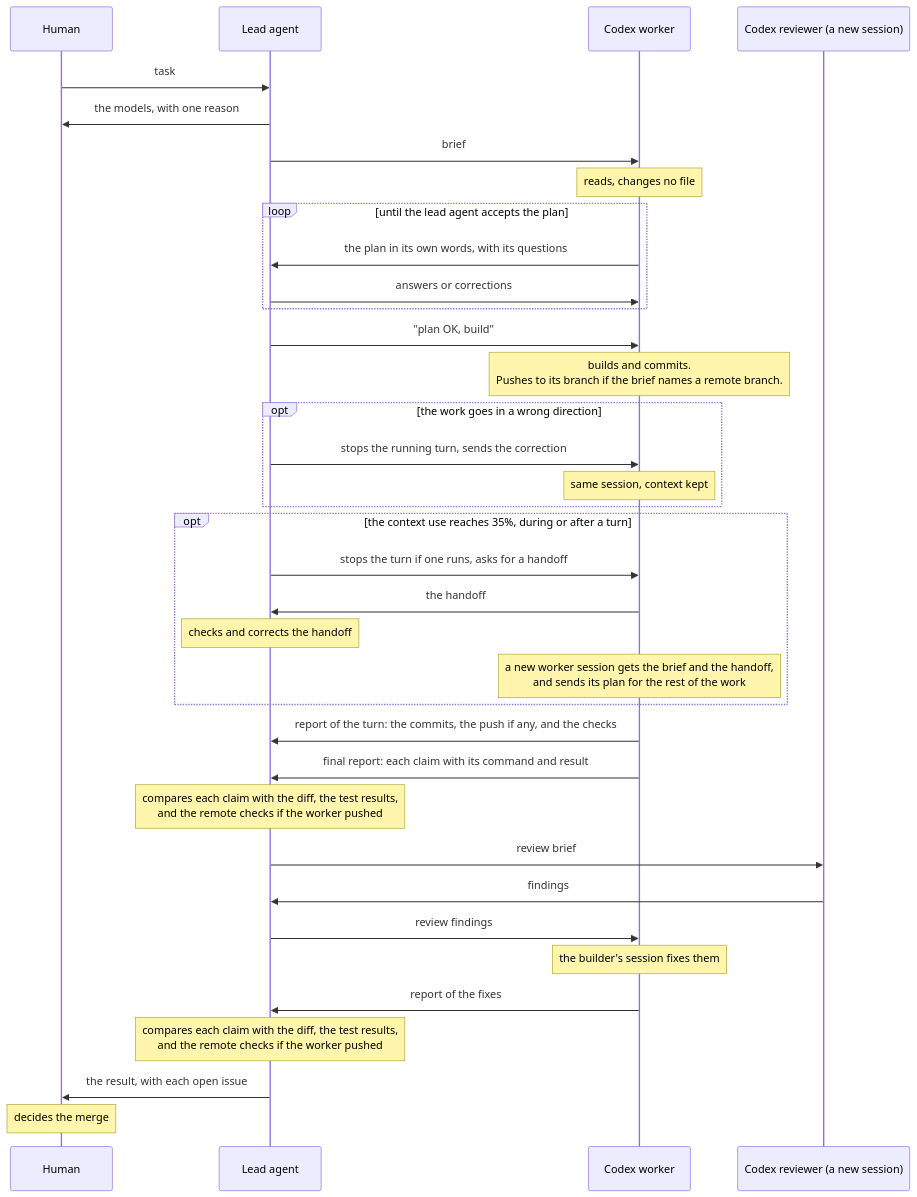
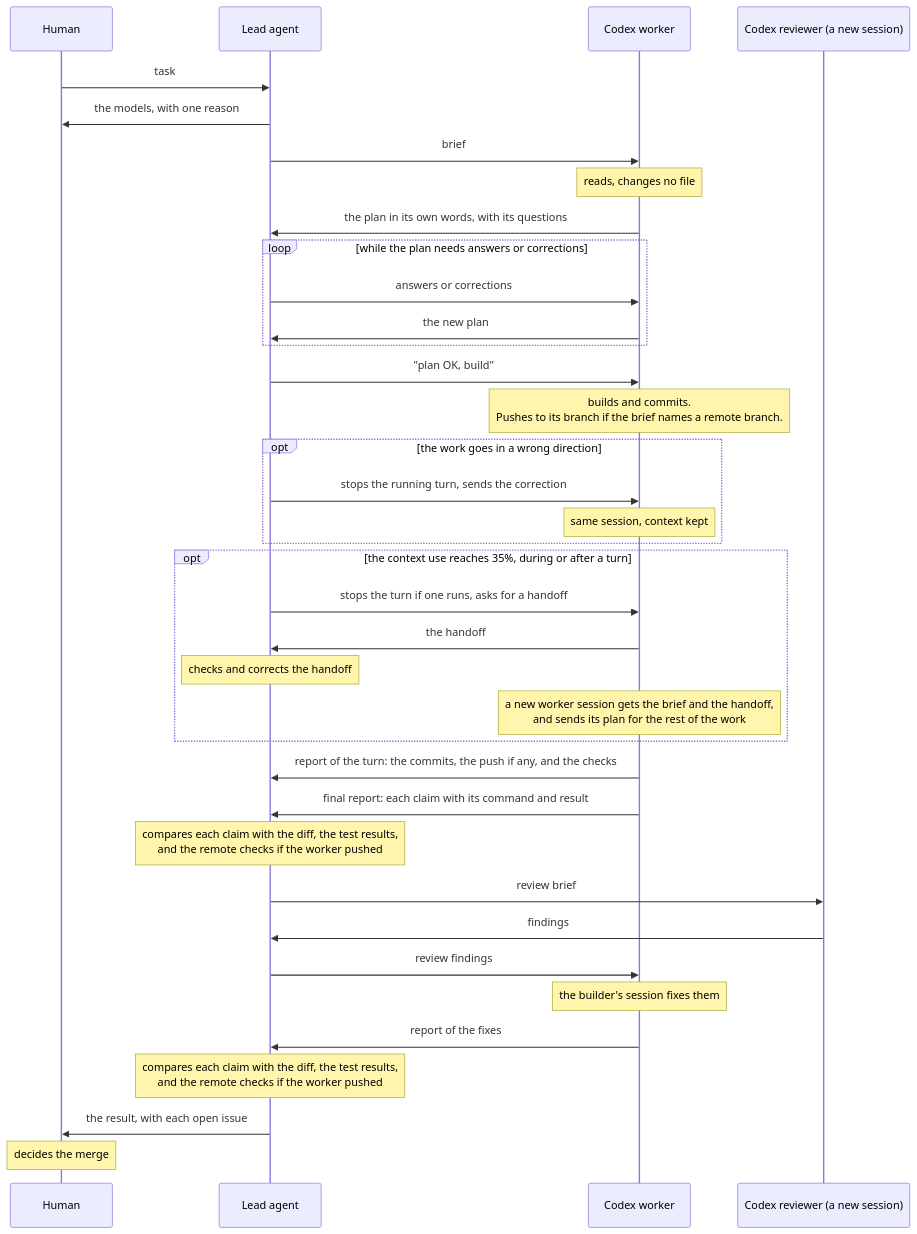
The diagram in .agents/skills/codex-workers/GUIDE.md (binhle312/cty1ng), drawn with Mermaid before and after one commit. The commit also changed other lines of this file and 1 other file, not shown here.

````diff
--- a/.agents/skills/codex-workers/GUIDE.md
+++ b/.agents/skills/codex-workers/GUIDE.md
@@ -22,39 +22,40 @@
 ```mermaid
 sequenceDiagram
   participant H as Human
   participant L as Lead agent
   participant W as Codex worker
   participant R as Codex reviewer (a new session)
 
   H->>L: task
   L->>H: the models, with one reason
   L->>W: brief
   Note over W: reads, changes no file
-  loop until the lead agent accepts the plan
-    W->>L: the plan in its own words, with its questions
+  W->>L: the plan in its own words, with its questions
+  loop while the plan needs answers or corrections
     L->>W: answers or corrections
+    W->>L: the new plan
   end
   L->>W: "plan OK, build"
   Note over W: builds and commits.<br/>Pushes to its branch if the brief names a remote branch.
   opt the work goes in a wrong direction
     L->>W: stops the running turn, sends the correction
     Note over W: same session, context kept
   end
   opt the context use reaches 35%, during or after a turn
     L->>W: stops the turn if one runs, asks for a handoff
     W->>L: the handoff
     Note over L: checks and corrects the handoff
     Note over W: a new worker session gets the brief and the handoff,<br/>and sends its plan for the rest of the work
   end
   W->>L: report of the turn: the commits, the push if any, and the checks
   W->>L: final report: each claim with its command and result
   Note over L: compares each claim with the diff, the test results,<br/>and the remote checks if the worker pushed
   L->>R: review brief
   R->>L: findings
   L->>W: review findings
   Note over W: the builder's session fixes them
   W->>L: report of the fixes
   Note over L: compares each claim with the diff, the test results,<br/>and the remote checks if the worker pushed
   L->>H: the result, with each open issue
   Note over H: decides the merge
 ```
````
